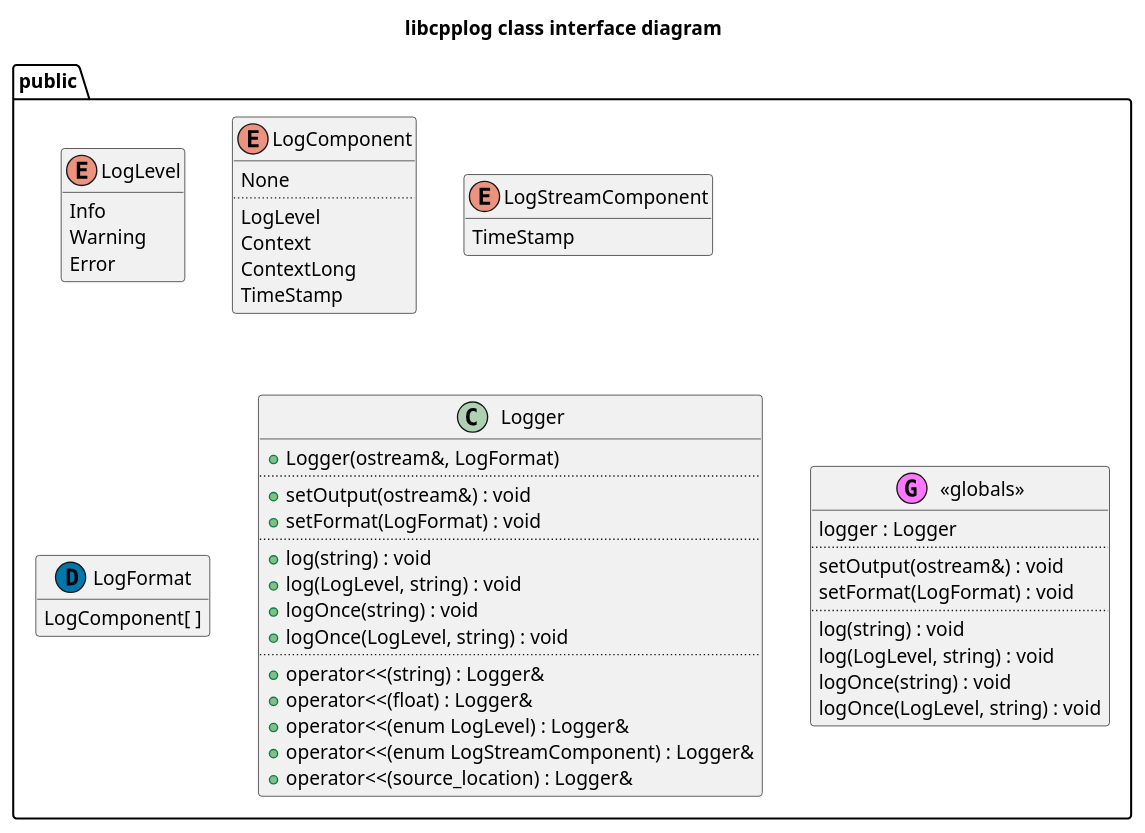
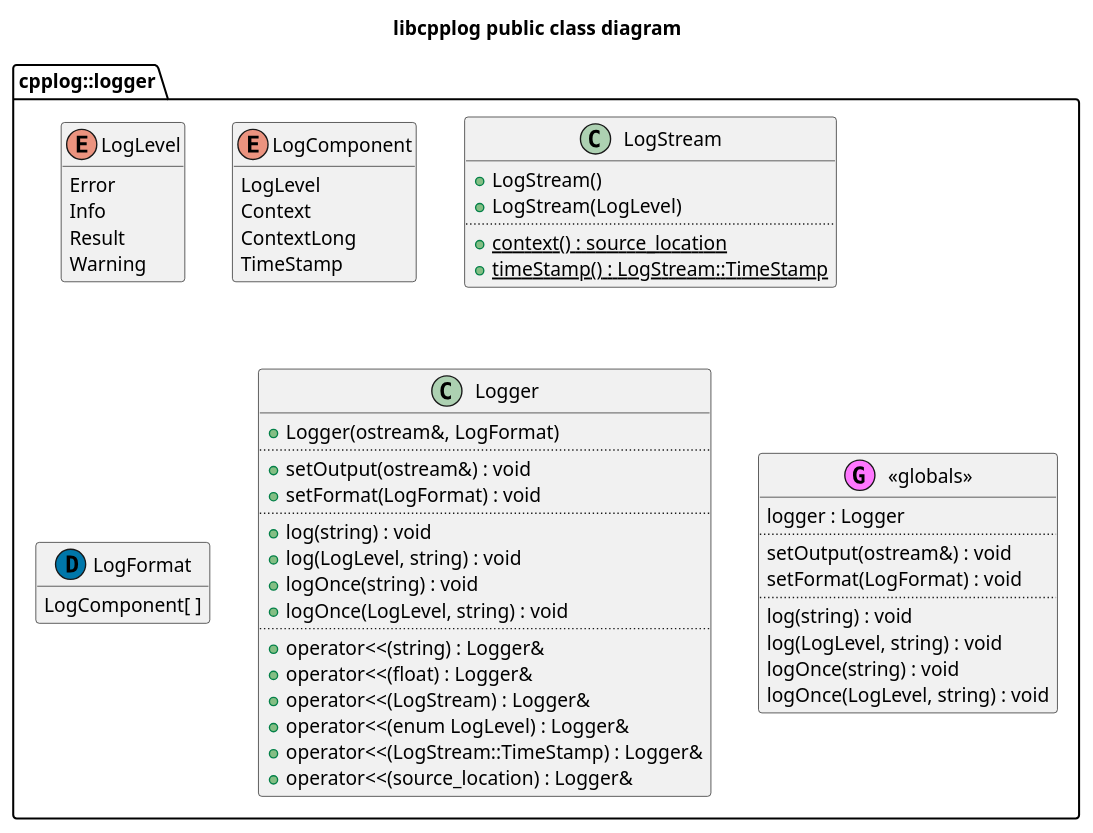
The diagram in libcpplog/doc/class.puml (kfpgk/libcpplog), drawn with PlantUML before and after one commit. The commit also changed 2 other files, not shown here.

Commit message:
Update UML diagrams to include LogStream() object and bundle Logger and Logger:Impl in a package to reduce number of relationships

```diff
--- a/libcpplog/doc/class.puml
+++ b/libcpplog/doc/class.puml
@@ -1,64 +1,68 @@
 @startuml class-diagram
 
-title libcpplog class interface diagram
+title libcpplog public class diagram
 
-package public {
+package cpplog::logger {
 
     enum LogLevel {
+        Error
         Info
+        Result
         Warning
-        Error
     }
     hide LogLevel methods
 
     enum LogComponent {
-        None
-        ..
         LogLevel
         Context
         ContextLong
         TimeStamp
     }
+    hide LogComponent methods
 
-    enum LogStreamComponent {
-        TimeStamp
+    class LogStream {
+        + LogStream()
+        + LogStream(LogLevel)
+        ..
+        + {static} context() : source_location
+        + {static} timeStamp() : LogStream::TimeStamp
     }
-    hide LogStreamComponent methods
 
     class LogFormat << (D,#0077AA) >> {
         LogComponent[ ]
     }
     hide LogFormat methods
 
     class Logger {
         + Logger(ostream&, LogFormat)
         ..
         + setOutput(ostream&) : void
         + setFormat(LogFormat) : void
         ..
         + log(string) : void
         + log(LogLevel, string) : void
         + logOnce(string) : void
         + logOnce(LogLevel, string) : void
         ..
         + operator<<(string) : Logger&
         + operator<<(float) : Logger&
+        + operator<<(LogStream) : Logger&
         + operator<<(enum LogLevel) : Logger&
-        + operator<<(enum LogStreamComponent) : Logger&
+        + operator<<(LogStream::TimeStamp) : Logger&
         + operator<<(source_location) : Logger&
     }
 
     class "<<globals>>" as globals << (G,#FF77FF) >> {
         logger : Logger
         ..
         setOutput(ostream&) : void
         setFormat(LogFormat) : void
         ..
         log(string) : void
         log(LogLevel, string) : void
         logOnce(string) : void
         logOnce(LogLevel, string) : void
     }
 }
 
 @enduml
```
